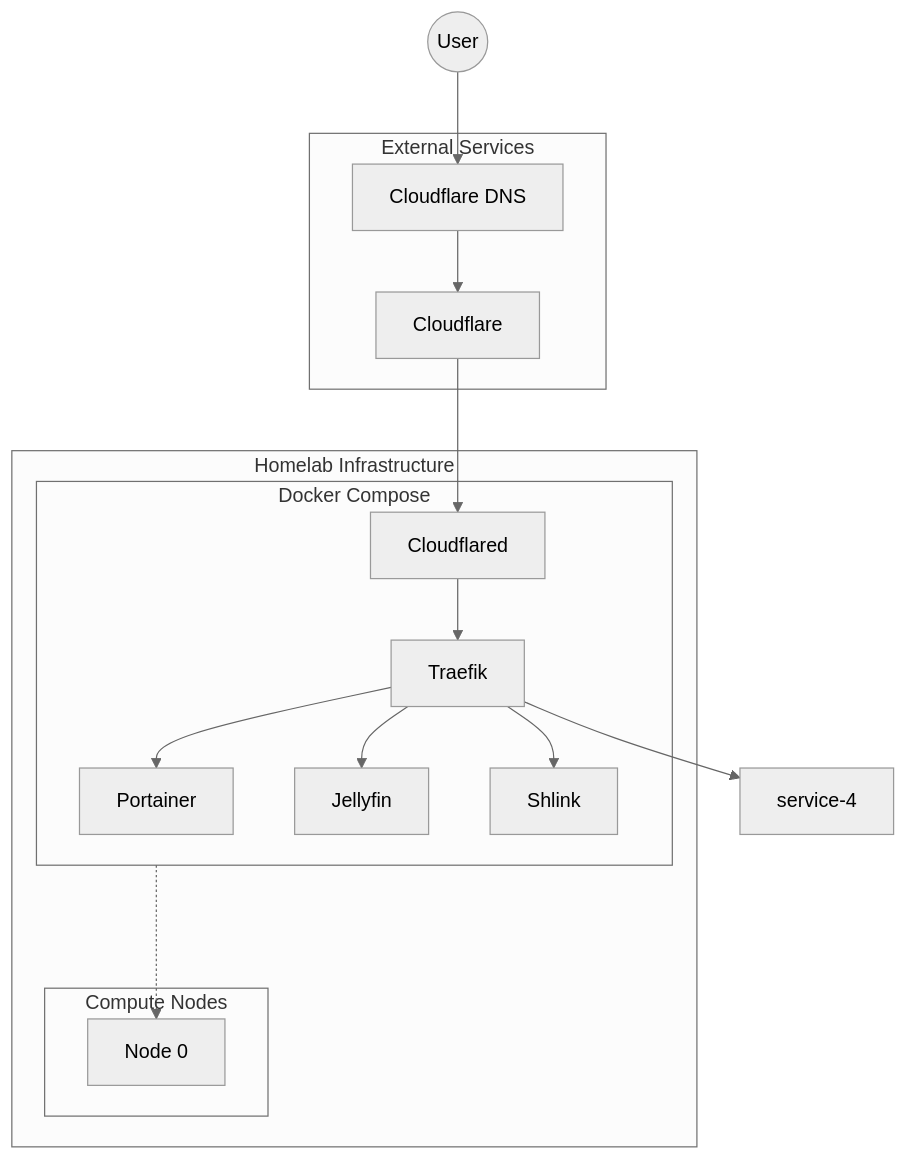
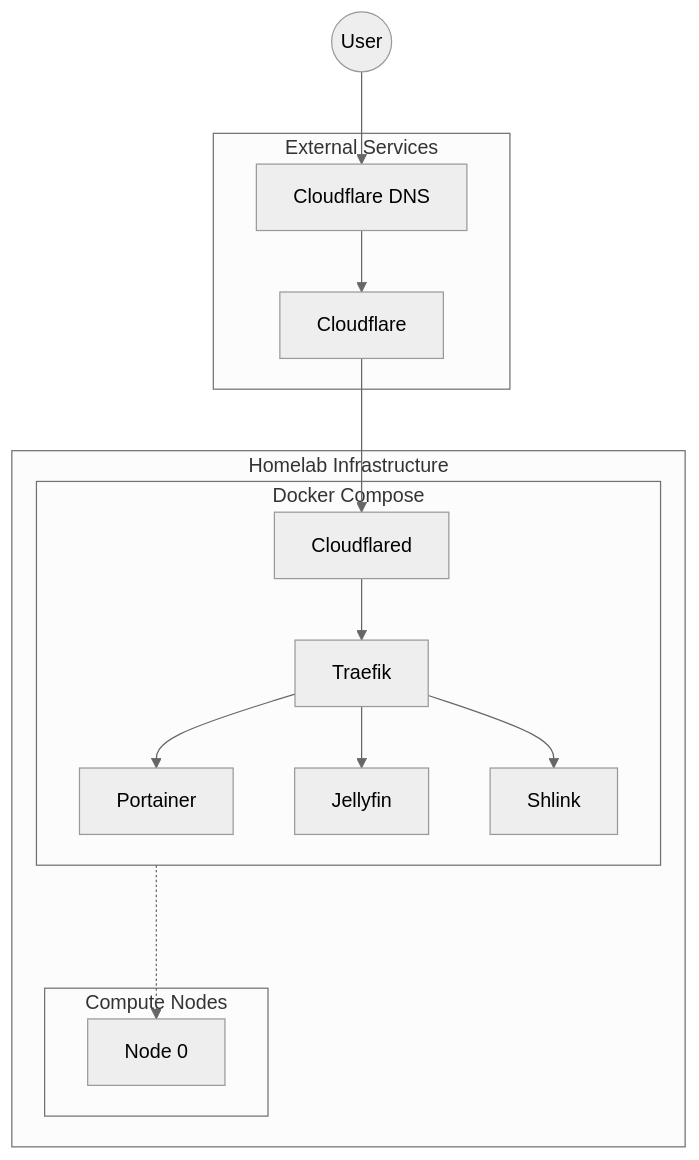
Before and after one commit to dbut2/dbut2.github.io: the first of 2 diagrams in content/blog/homelab-in-review.md, drawn with Mermaid (neutral theme).

Commit message:
Update content/blog/homelab-in-review.md (via Pages CMS)

````diff
--- a/content/blog/homelab-in-review.md
+++ b/content/blog/homelab-in-review.md
@@ -10,32 +10,32 @@
 ```mermaid
 flowchart TD
     user((User))
     
     subgraph external-services [External Services]
         cloudflare[Cloudflare]
         cloudflare-dns[Cloudflare DNS]
     end
     
     subgraph homelab [Homelab Infrastructure]
         subgraph compute-nodes [Compute Nodes]
             node0[Node 0]
         end
 
         subgraph compose [Docker Compose]
             service-1[Portainer]
             service-2[Jellyfin]
             service-3[Shlink]
 
             cloudflared[Cloudflared]
             traefik[Traefik]
         end
     end
     
     user --> cloudflare-dns
     cloudflare-dns --> cloudflare
     cloudflare --> cloudflared
     cloudflared --> traefik
-    traefik --> service-1 & service-2 & service-3 & service-4
+    traefik --> service-1 & service-2 & service-3
 
     compose -..-> node0
 ```
````
